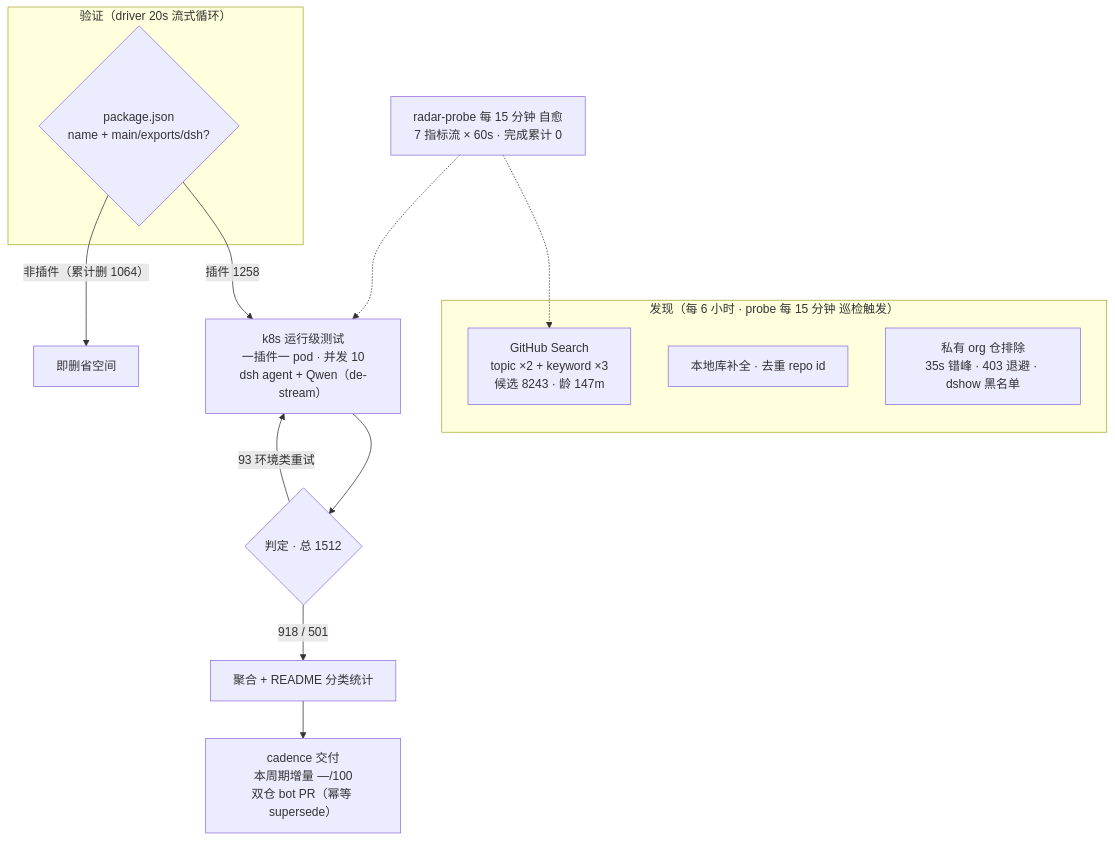
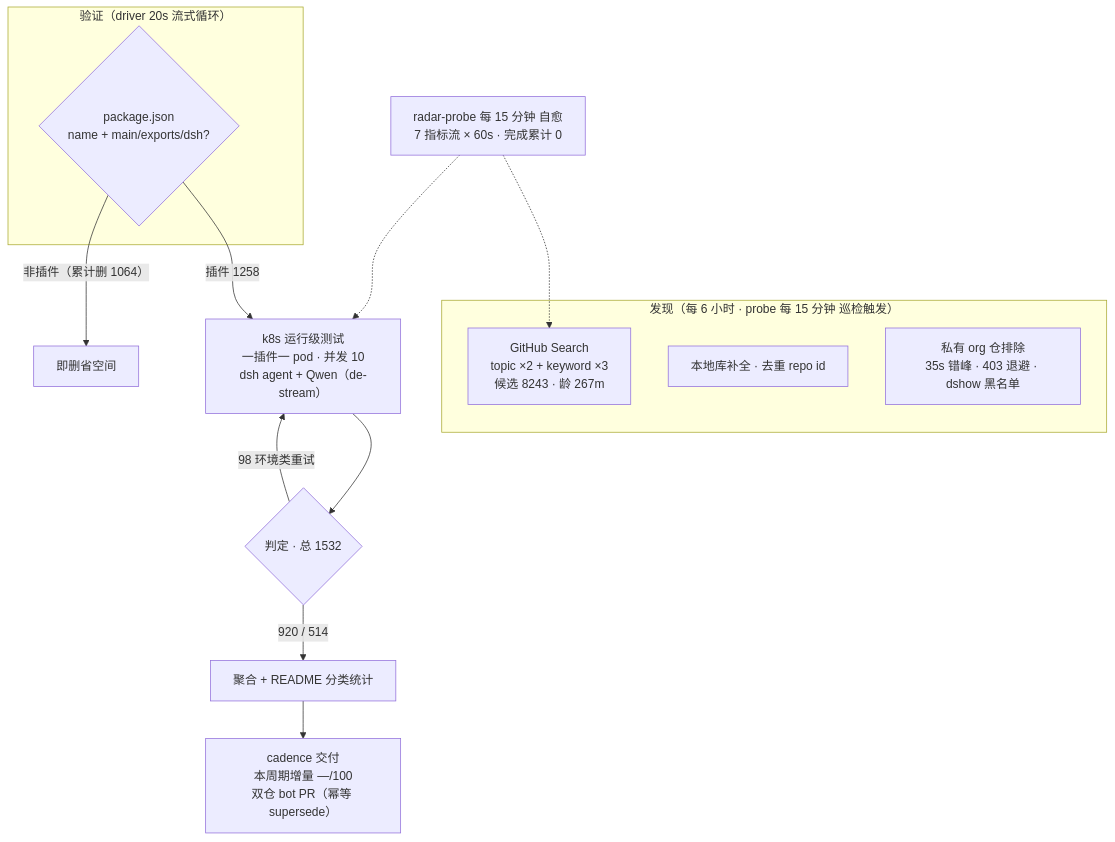
Before and after one commit to Zhidao-Lab-OSS/awesome-dsh-plugins: the diagram in README.md, drawn with Mermaid. The commit also changed other lines of this file and 1 other file, not shown here.

````diff
--- a/README.md
+++ b/README.md
@@ -30,19 +30,19 @@
 ```mermaid
 flowchart TB
     subgraph Discovery[" 发现（每 6 小时 · probe 每 15 分钟 巡检触发）"]
-        A1["GitHub Search<br/>topic ×2 + keyword ×3<br/>候选 8243 · 龄 147m"]
+        A1["GitHub Search<br/>topic ×2 + keyword ×3<br/>候选 8243 · 龄 267m"]
         A2["本地库补全 · 去重 repo id"]
         A3[" 私有 org 仓排除<br/>35s 错峰 · 403 退避 · dshow 黑名单"]
     end
     subgraph Validation[" 验证（driver 20s 流式循环）"]
         B1{"package.json<br/>name + main/exports/dsh?"}
     end
     B1 -->|"插件 1258"| C1["k8s 运行级测试<br/>一插件一 pod · 并发 10<br/>dsh agent + Qwen（de-stream）"]
     B1 -->|"非插件（累计删 1064）"| B3[" 即删省空间"]
-    C1 --> D1{"判定 · 总 1512"}
-    D1 -->|" 918 /  501"| E1["聚合 + README 分类统计"]
-    D1 -->|" 93 环境类重试"| C1
+    C1 --> D1{"判定 · 总 1532"}
+    D1 -->|" 920 /  514"| E1["聚合 + README 分类统计"]
+    D1 -->|" 98 环境类重试"| C1
     E1 --> E2["cadence 交付<br/>本周期增量 —/100<br/>双仓 bot PR（幂等 supersede）"]
     M[" radar-probe 每 15 分钟 自愈<br/>7 指标流 × 60s · 完成累计 0"] -.-> A1
     M -.-> C1
 ```
````
